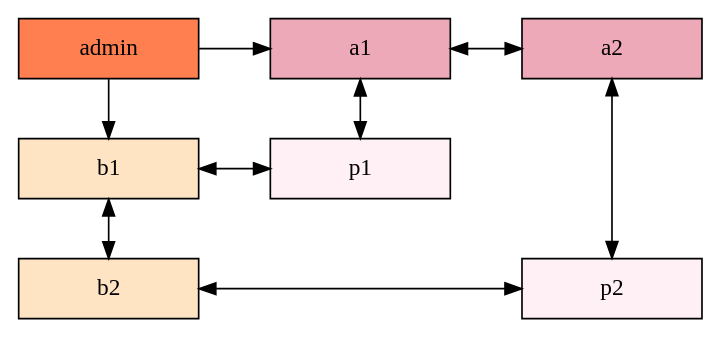
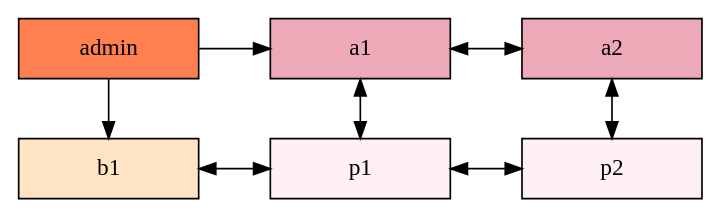
One commit to diemorales96/-EDD-Proyecto1 changed the diagram in [EDD]Proyecto1/[EDD]Proyecto1/MatrizDispersa.dot. Above: the diagram before and after it, drawn with Graphviz. The commit also changed 16 other files, not shown here.

```diff
--- a/[EDD]Proyecto1/[EDD]Proyecto1/MatrizDispersa.dot
+++ b/[EDD]Proyecto1/[EDD]Proyecto1/MatrizDispersa.dot
@@ -1,48 +1,40 @@
 digraph Matriz{ 
 node [shape=box]
 graph[ranksep = "0.5", nodesep="0.6"];
 admin[ label = "admin", width = 1.5, style = filled, fillcolor = coral, group = 0 ];
 
 Filab1 [label = "b1" width = 1.5 style = filled, fillcolor = bisque1, group = 0 ];
-Filab2 [label = "b2" width = 1.5 style = filled, fillcolor = bisque1, group = 0 ];
 
  //Enlaces de Filas
-Filab1->Filab2 [dir = both];
 
  //Columnas
 //Cada una con diferente group para alinear verticalmente con los nodos
 Columna1[label = "a1" width = 1.5 style = filled, fillcolor = pink2, group = a1];
 Columna2[label = "a2" width = 1.5 style = filled, fillcolor = pink2, group = a2];
 
  //Enlaces de Columnas
 Columna1->Columna2 [dir = both];
 
  // Alinear Raiz con Columnas
 {rank = same; admin; Columna1;  Columna2; };
 
  // Enlaces Raiz con primera fila y columna
 admin->Columna1;
 admin->Filab1;
 
  //Creacion de nodos
 //(^<---------------------- F I L A   b1---------------------->
 Na1_Fb1 [label = "p1" width = 1.5 group = a1 style = filled, fillcolor = lavenderblush1];
-
-//(^<---------------------- F I L A   b2---------------------->
-Na2_Fb2 [label = "p2" width = 1.5 group = a2 style = filled, fillcolor = lavenderblush1];
+Na2_Fb1 [label = "p2" width = 1.5 group = a2 style = filled, fillcolor = lavenderblush1];
 
 
  //Creacion de enlaces de nodos
 //E N L A C E S  F I L A   b1
 Columna1->Na1_Fb1 [dir = both];
 Filab1->Na1_Fb1 [dir = both];
+Na1_Fb1->Na2_Fb1 [dir = both];
+Columna2->Na2_Fb1 [dir = both];
 //Alineacion vertical de nodos con la fila
-{rank = same; Filab1; Na1_Fb1;  };
-
-//E N L A C E S  F I L A   b2
-Columna2->Na2_Fb2 [dir = both];
-Filab2->Na2_Fb2 [dir = both];
-//Alineacion vertical de nodos con la fila
-{rank = same; Filab2; Na2_Fb2;  };
+{rank = same; Filab1; Na1_Fb1; Na2_Fb1;  };
 
 }
```
